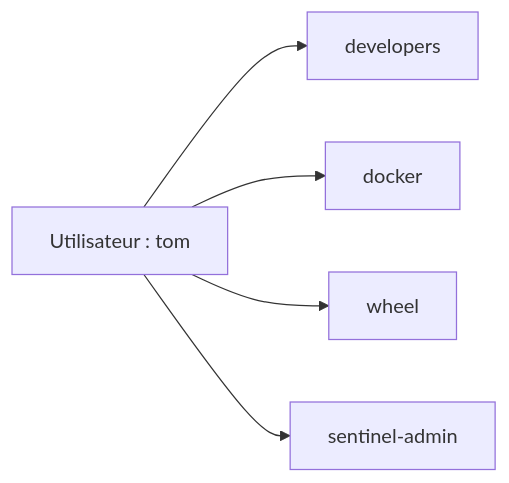
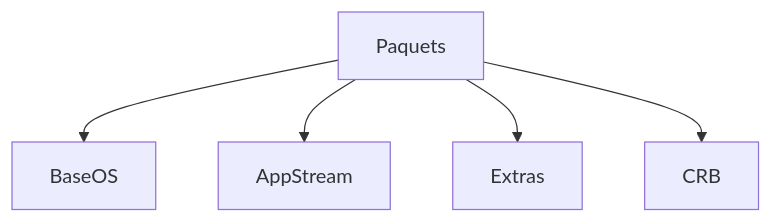
Before and after one commit to tdelaclos/formations: the eighth of 20 diagrams in campagne 1/1.5.md, drawn with Mermaid. The commit also changed other lines of this file, not shown here.

````diff
--- a/campagne 1/1.5.md
+++ b/campagne 1/1.5.md
@@ -690,13 +437,13 @@
 ```mermaid
-flowchart LR
+flowchart TD
 
-A["Utilisateur : tom"]
+A["Paquets"]
 
-A --> B["developers"]
+A --> B["BaseOS"]
 
-A --> C["docker"]
+A --> C["AppStream"]
 
-A --> D["wheel"]
+A --> D["Extras"]
 
-A --> E["sentinel-admin"]
+A --> E["CRB"]
 ```
````
